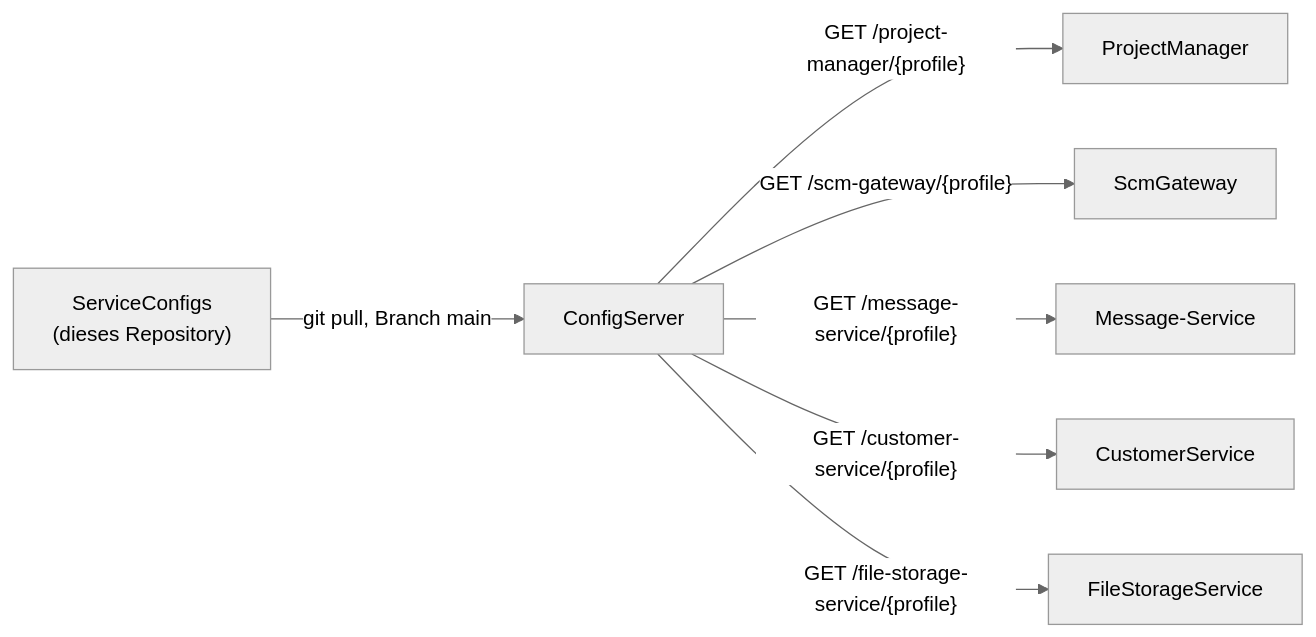
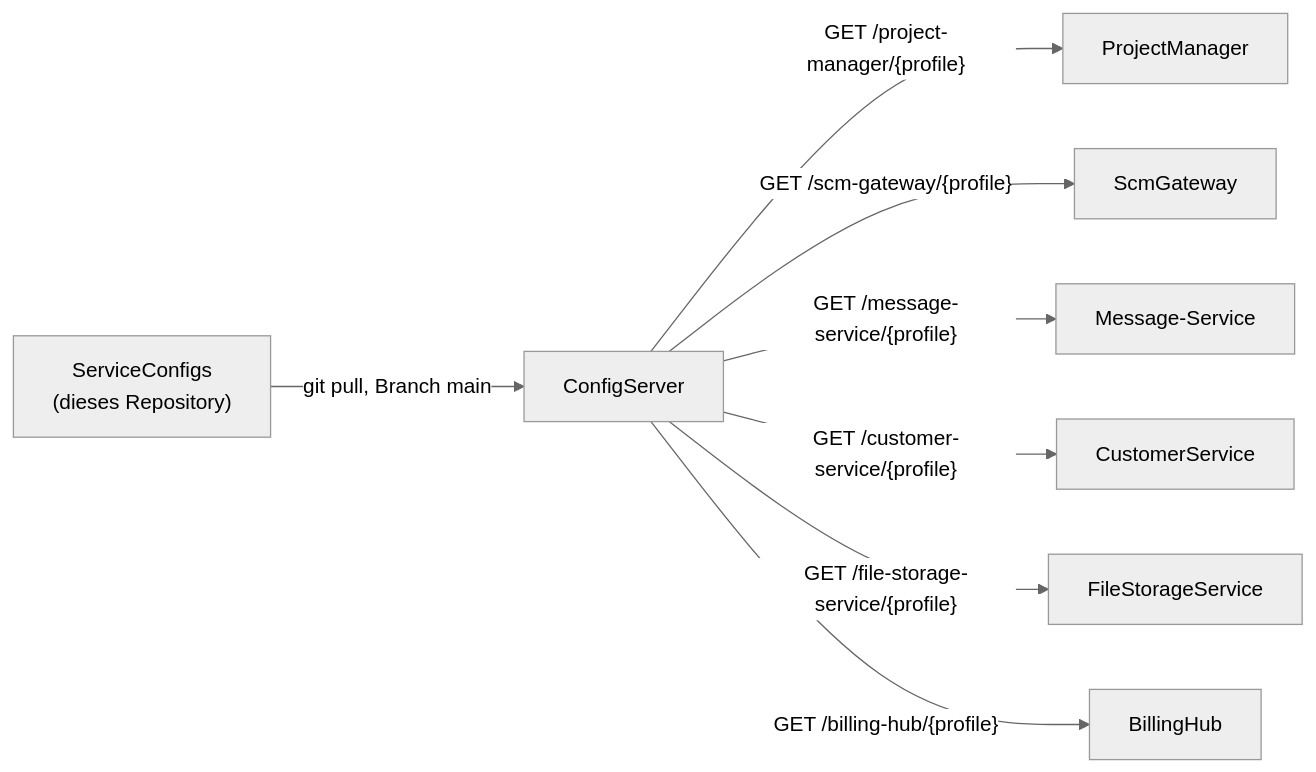
Before and after one commit to Office-OS/ServiceConfigs: the diagram in README.md, drawn with Mermaid (neutral theme). The commit also changed other lines of this file and 8 other files, not shown here.

First line of the commit message:
Add billing-hub config, register as installed module, wire trusted issuers (#18)

````diff
--- a/README.md
+++ b/README.md
@@ -10,17 +10,19 @@
 ```mermaid
 flowchart LR
     Repo["ServiceConfigs\n(dieses Repository)"]
     CS["ConfigServer"]
     PM["ProjectManager"]
     SCM["ScmGateway"]
     MS["Message-Service"]
     CustS["CustomerService"]
     FSS["FileStorageService"]
+    BH["BillingHub"]
 
     Repo -->|git pull, Branch main| CS
     CS -->|"GET /project-manager/{profile}"| PM
     CS -->|"GET /scm-gateway/{profile}"| SCM
     CS -->|"GET /message-service/{profile}"| MS
     CS -->|"GET /customer-service/{profile}"| CustS
     CS -->|"GET /file-storage-service/{profile}"| FSS
+    CS -->|"GET /billing-hub/{profile}"| BH
 ```
````
